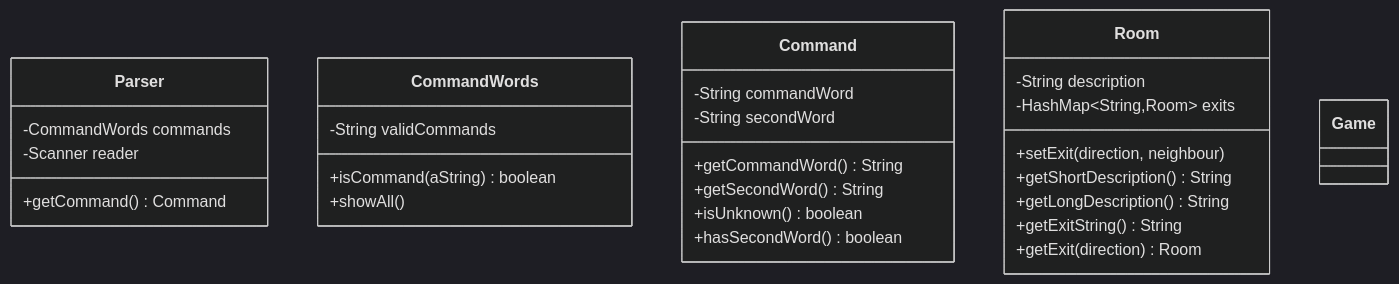
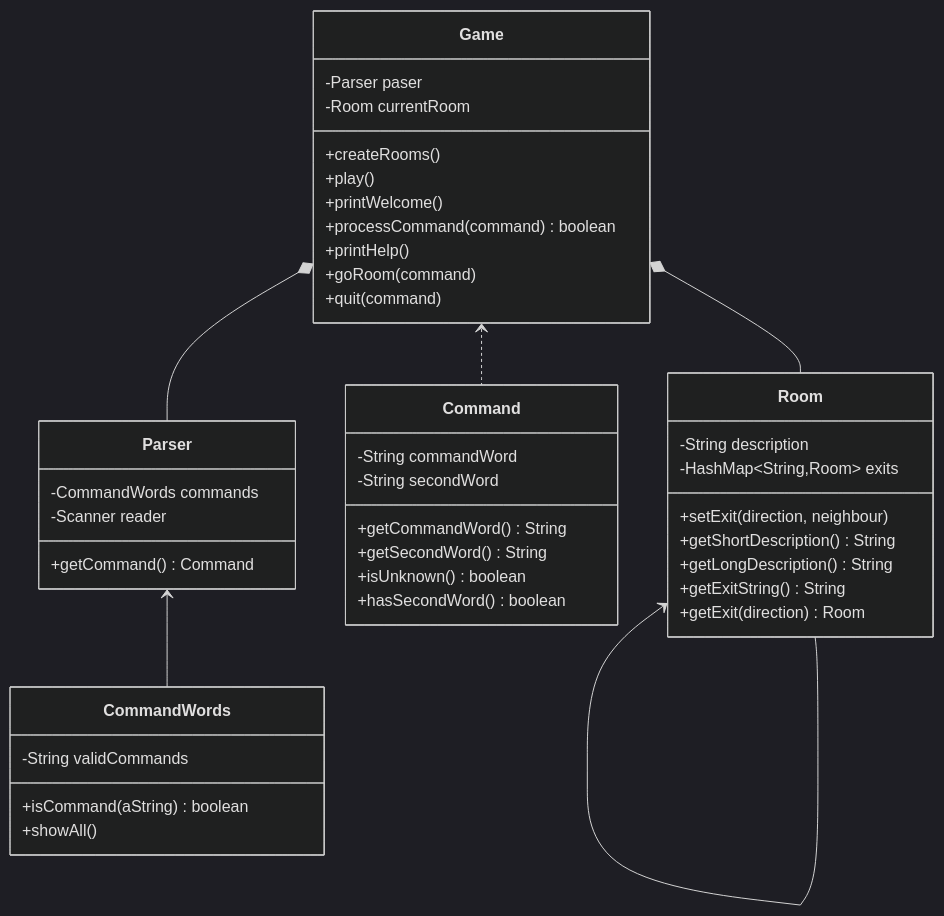
The diagram in REPORT.md (wutcst/sept1-wjycn2000), drawn with Mermaid (dark theme) before and after one commit. The commit also changed other lines of this file, not shown here.

Commit message:
样例工程代码分析-UML类图

````diff
--- a/REPORT.md
+++ b/REPORT.md
@@ -3,33 +3,46 @@
 ```mermaid
 classDiagram
 class Parser {
 	-CommandWords commands
 	-Scanner reader
 	+getCommand() Command
 }
 class CommandWords{
 	-String validCommands
 	+isCommand(aString) boolean
 	+showAll()
 }
 class Command{
 	-String commandWord
 	-String secondWord
 	+getCommandWord() String
 	+getSecondWord() String
 	+isUnknown() boolean
 	+hasSecondWord() boolean
 }
 class Room{
 	-String description
 	-HashMap~String,Room~ exits
 	+setExit(direction, neighbour)
 	+getShortDescription() String
 	+getLongDescription() String
 	+getExitString() String
 	+getExit(direction) Room
 }
 class Game{
-
+	-Parser paser
+	-Room currentRoom
+	+createRooms()
+	+play()
+	+printWelcome()
+	+processCommand(command) boolean
+	+printHelp()
+	+goRoom(command)
+	+quit(command)
 }
+Parser <-- CommandWords
+Game *-- Parser
+Game *-- Room
+Game <.. Command
+Room <-- Room
 ```
````
